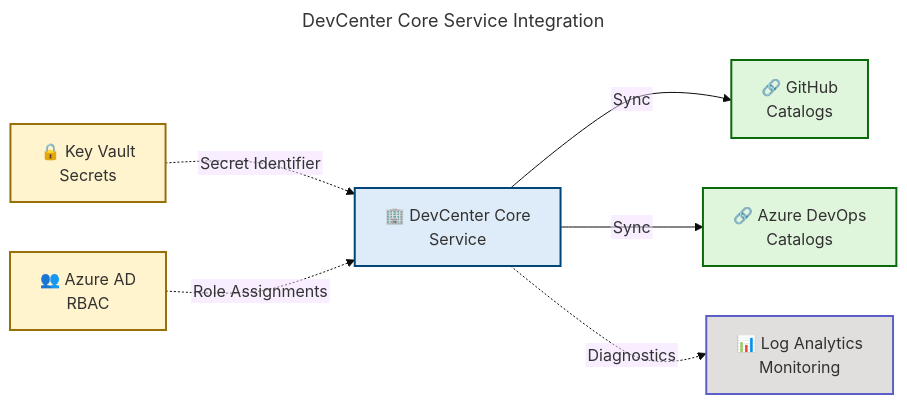
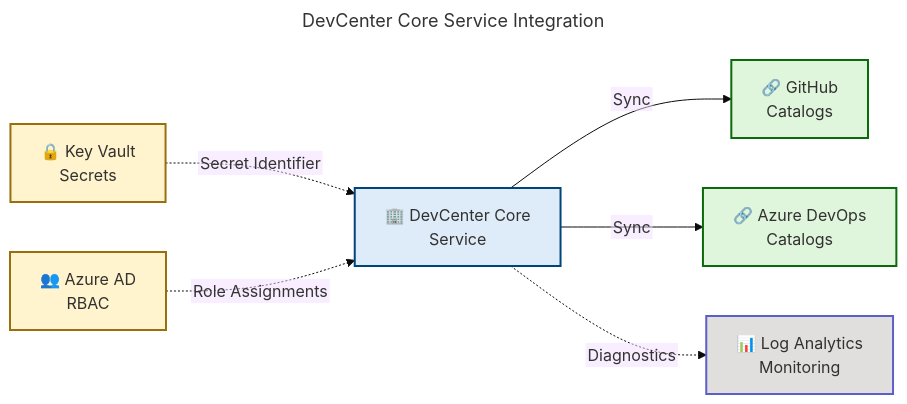
One commit to Evilazaro/DevExp-DevBox changed the second of 2 diagrams in docs/architecture/Application-Architecture.md. Above: the diagram before and after it, drawn with Mermaid. The commit also changed other lines of this file and 2 other files, not shown here.

Commit message:
fix: update flowchart curve style to 'basis' for improved visual consistency across architecture documents

````diff
--- a/docs/architecture/Application-Architecture.md
+++ b/docs/architecture/Application-Architecture.md
@@ -236,61 +238,61 @@
 ```mermaid
 ---
 title: DevCenter Core Service Integration
 config:
   theme: base
   themeVariables:
     fontSize: '16px'
   flowchart:
     htmlLabels: false
-    curve: cardinal
+    curve: basis
     nodeSpacing: 50
     rankSpacing: 50
 ---
 flowchart LR
     accTitle: DevCenter Core Service Integration
     accDescr: Integration diagram showing DevCenter Core Service relationships with external Git repositories, Azure Key Vault, Azure AD, and Log Analytics. WCAG AA compliant.
 
     %% ═══════════════════════════════════════════════════════════════════════════
     %% AZURE / FLUENT ARCHITECTURE PATTERN v1.1
     %% ═══════════════════════════════════════════════════════════════════════════
     %% PHASE 1 - STRUCTURAL: LR direction for integration flow
     %% PHASE 2 - SEMANTIC: 4 semantic colors:
     %%   azureBlue (#DEECF9) = core service (platform)
     %%   successGreen (#DFF6DD) = external services (integration targets)
     %%   sharedYellow (#FFF4CE) = security services (authentication/secrets)
     %%   neutralPurple (#E1DFDD) = observability (monitoring)
     %% PHASE 3 - FONT: Dark text #323130 on light backgrounds
     %% PHASE 4 - ACCESSIBILITY: accTitle/accDescr present, all nodes have icons
     %% PHASE 5 - STANDARD: Flat topology, semantic colors on content nodes
     %% ═══════════════════════════════════════════════════════════════════════════
 
     DC["🏢 DevCenter Core<br/>Service"]:::azureBlue
 
     GH["🔗 GitHub<br/>Catalogs"]:::successGreen
     ADO["🔗 Azure DevOps<br/>Catalogs"]:::successGreen
     KV["🔒 Key Vault<br/>Secrets"]:::sharedYellow
     AAD["👥 Azure AD<br/>RBAC"]:::sharedYellow
     LA["📊 Log Analytics<br/>Monitoring"]:::neutralPurple
 
     DC -->|Sync| GH
     DC -->|Sync| ADO
     KV -.->|Secret Identifier| DC
     AAD -.->|Role Assignments| DC
     DC -.->|Diagnostics| LA
 
     %% Required classDef palette (ALL 14 - MANDATORY)
     classDef level1Group fill:#FFFFFF,stroke:#605E5C,stroke-width:3px,color:#323130
     classDef level2Group fill:#F3F2F1,stroke:#605E5C,stroke-width:2px,color:#323130
     classDef level3Group fill:#E1DFDD,stroke:#605E5C,stroke-width:2px,color:#323130
     classDef level4Group fill:#D2D0CE,stroke:#605E5C,stroke-width:1px,color:#323130
     classDef mainGroup fill:#FFFFFF,stroke:#605E5C,stroke-width:3px,color:#323130
     classDef subGroup fill:#F3F2F1,stroke:#605E5C,stroke-width:2px,color:#323130
     classDef azureBlue fill:#DEECF9,stroke:#004578,stroke-width:2px,color:#323130
     classDef successGreen fill:#DFF6DD,stroke:#0B6A0B,stroke-width:2px,color:#323130
     classDef errorRed fill:#FDE7E9,stroke:#A4262C,stroke-width:2px,color:#323130
     classDef sharedYellow fill:#FFF4CE,stroke:#986F0B,stroke-width:2px,color:#323130
     classDef warningOrange fill:#FDE7E9,stroke:#8A3707,stroke-width:2px,color:#323130
     classDef neutralPurple fill:#E1DFDD,stroke:#5B5FC7,stroke-width:2px,color:#323130
-    classDef presenceTeal fill:#C8F0E7,stroke:#005B5B,stroke-width:2px,color:#323130
+    classDef presenceTeal fill:#C8F0E7,stroke:#00666B,stroke-width:2px,color:#323130
     classDef sharedPink fill:#F4D7E0,stroke:#AB5A87,stroke-width:2px,color:#323130
 ```
````
